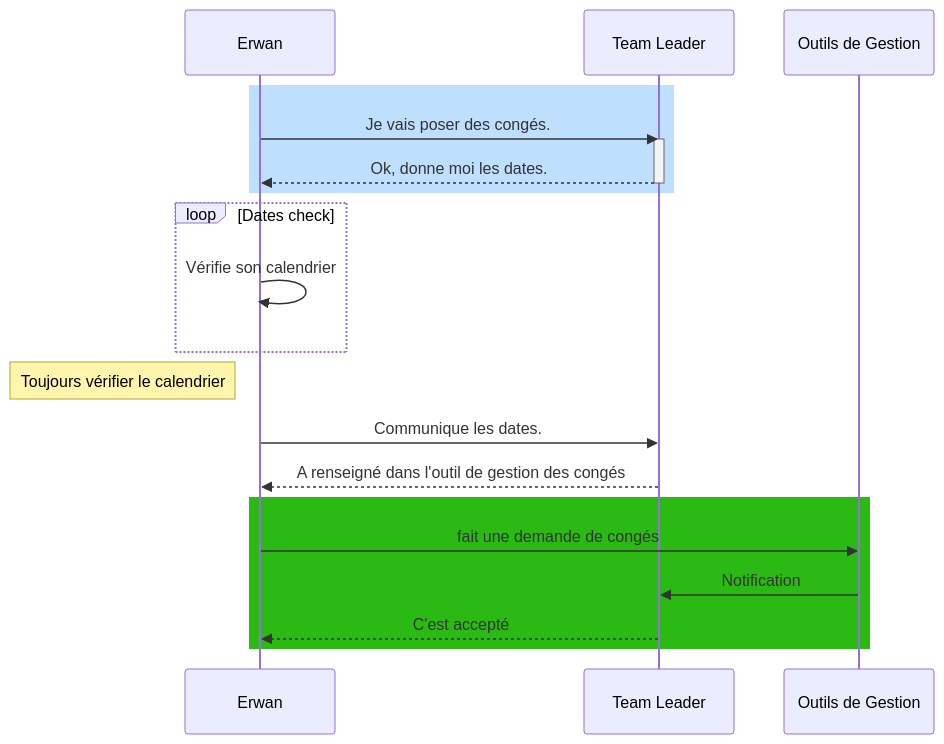
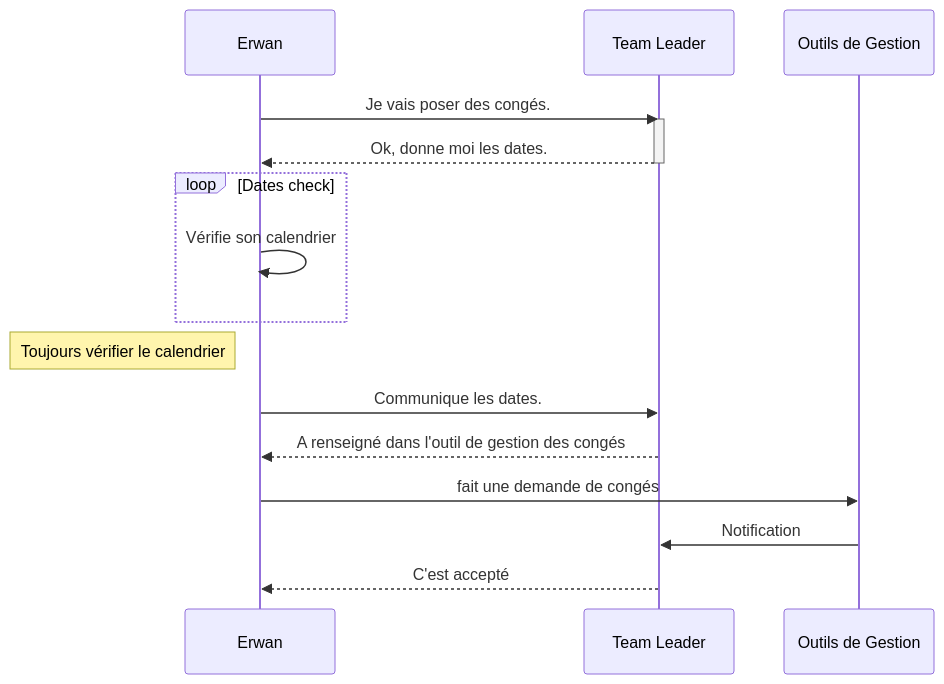
The diagram in sequence/README.md (ErwanLT/mermaidMarkdown), drawn with Mermaid before and after one commit.

Commit message:
sequence

````diff
--- a/sequence/README.md
+++ b/sequence/README.md
@@ -2,22 +2,18 @@
 ```mermaid
 sequenceDiagram
     participant Erwan
     participant Team Leader
-    rect rgb(191, 223, 255)
-        Erwan ->> Team Leader: Je vais poser des congés.
-        activate Team Leader
+    Erwan ->> Team Leader: Je vais poser des congés.
+    activate Team Leader
         Team Leader -->> Erwan: Ok, donne moi les dates.
-        deactivate Team Leader
-    end
+    deactivate Team Leader
     loop Dates check
         Erwan ->> Erwan: Vérifie son calendrier
     end
     Note Left of Erwan : Toujours vérifier le calendrier
     Erwan->>Team Leader: Communique les dates.
     Team Leader -->> Erwan : A renseigné dans l'outil de gestion des congés
-    rect rgb(43, 186, 20)
-        Erwan ->> Outils de Gestion : fait une demande de congés
-        Outils de Gestion ->> Team Leader : Notification
-        Team Leader -->> Erwan : C'est accepté
-    end
+    Erwan ->> Outils de Gestion : fait une demande de congés
+    Outils de Gestion ->> Team Leader : Notification
+    Team Leader -->> Erwan : C'est accepté
 ```
````
